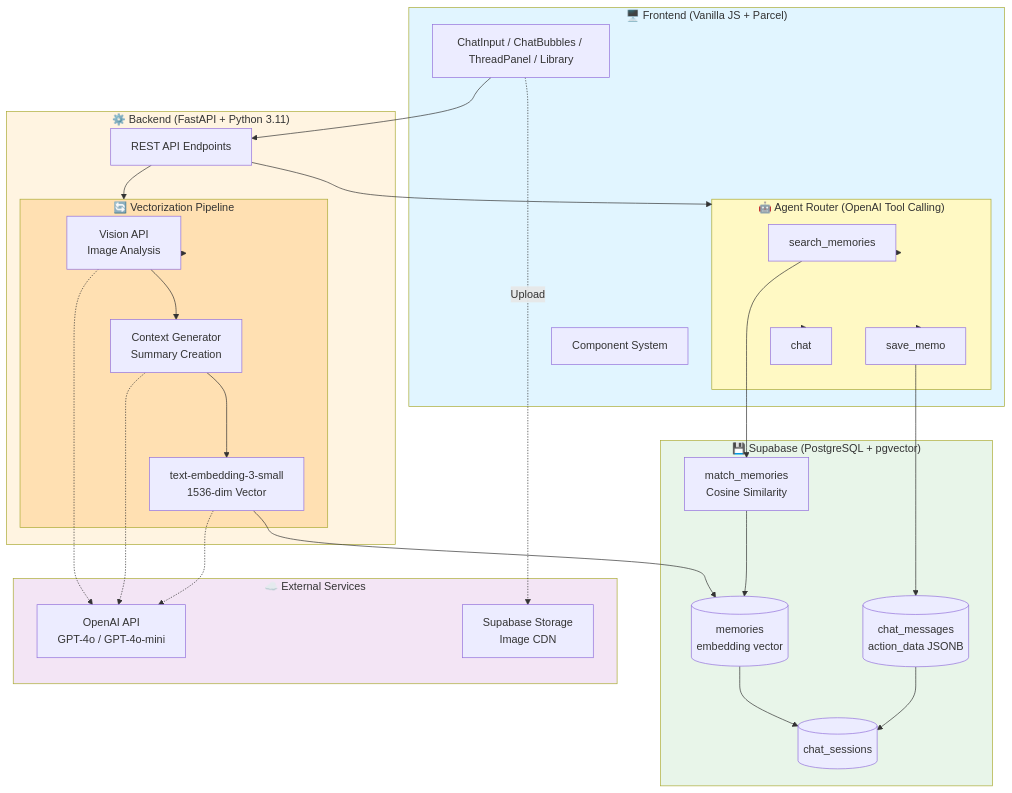
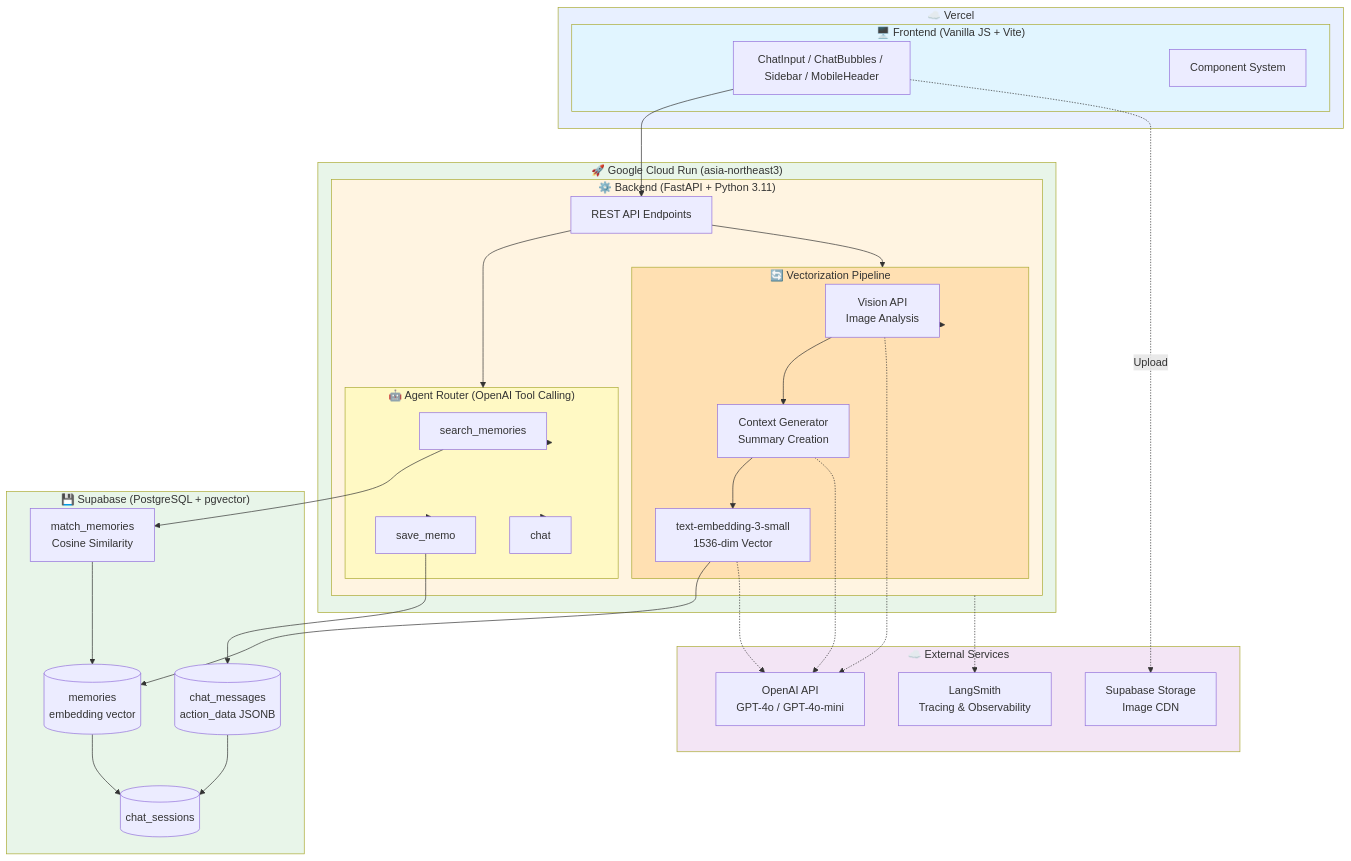
One commit to jemi-some/Synapse-project changed the diagram in docs/2_architecture/architecture.md. Above: the diagram before and after it, drawn with Mermaid. The commit also changed other lines of this file, not shown here.

Commit message:
docs: architecture파일 업데이트

````diff
--- a/docs/2_architecture/architecture.md
+++ b/docs/2_architecture/architecture.md
@@ -5,65 +5,71 @@
 ```mermaid
 flowchart TB
-    subgraph Frontend["🖥️ Frontend (Vanilla JS + Parcel)"]
-        UI[ChatInput / ChatBubbles / ThreadPanel / Library]
-        Router[Custom Router]
-        Components[Component System]
+    subgraph Vercel["☁️ Vercel"]
+        subgraph Frontend["🖥️ Frontend (Vanilla JS + Vite)"]
+            UI[ChatInput / ChatBubbles / Sidebar / MobileHeader]
+            Components[Component System]
+        end
     end
 
-    subgraph Backend["⚙️ Backend (FastAPI + Python 3.11)"]
-        API[REST API Endpoints]
+    subgraph CloudRun["🚀 Google Cloud Run (asia-northeast3)"]
+        subgraph Backend["⚙️ Backend (FastAPI + Python 3.11)"]
+            API[REST API Endpoints]
 
-        subgraph Router["🤖 Agent Router (OpenAI Tool Calling)"]
-            SearchTool[search_memories]
-            SaveTool[save_memo]
-            ChatTool[chat]
-        end
+            subgraph AgentRouter["🤖 Agent Router (OpenAI Tool Calling)"]
+                SearchTool[search_memories]
+                SaveTool[save_memo]
+                ChatTool[chat]
+            end
 
-        subgraph Pipeline["🔄 Vectorization Pipeline"]
-            Vision[Vision API<br/>Image Analysis]
-            Context[Context Generator<br/>Summary Creation]
-            Embedding[text-embedding-3-small<br/>1536-dim Vector]
+            subgraph Pipeline["🔄 Vectorization Pipeline"]
+                Vision[Vision API<br/>Image Analysis]
+                Context[Context Generator<br/>Summary Creation]
+                Embedding[text-embedding-3-small<br/>1536-dim Vector]
+            end
         end
     end
 
     subgraph Database["💾 Supabase (PostgreSQL + pgvector)"]
         Memories[(memories<br/>embedding vector)]
         Messages[(chat_messages<br/>action_data JSONB)]
         Sessions[(chat_sessions)]
-
         VectorSearch[match_memories<br/>Cosine Similarity]
     end
 
     subgraph External["☁️ External Services"]
         OpenAI[OpenAI API<br/>GPT-4o / GPT-4o-mini]
         Storage[Supabase Storage<br/>Image CDN]
+        LangSmith[LangSmith<br/>Tracing & Observability]
     end
 
     UI --> API
-    API --> Router
-    Router --> SearchTool & SaveTool & ChatTool
+    API --> AgentRouter
+    AgentRouter --> SearchTool & SaveTool & ChatTool
 
     SearchTool --> VectorSearch
     SaveTool --> Messages
 
     API --> Pipeline
     Pipeline --> Vision --> Context --> Embedding
     Embedding --> Memories
 
     Vision -.-> OpenAI
     Context -.-> OpenAI
     Embedding -.-> OpenAI
+    Backend -.-> LangSmith
 
     VectorSearch --> Memories
     Memories --> Sessions
     Messages --> Sessions
 
     UI -.Upload.-> Storage
 
+    style Vercel fill:#e8f0ff
+    style CloudRun fill:#e8f5e9
     style Frontend fill:#e1f5ff
     style Backend fill:#fff4e1
     style Database fill:#e8f5e9
     style External fill:#f3e5f5
-    style Router fill:#fff9c4
+    style AgentRouter fill:#fff9c4
     style Pipeline fill:#ffe0b2
 ```
````
